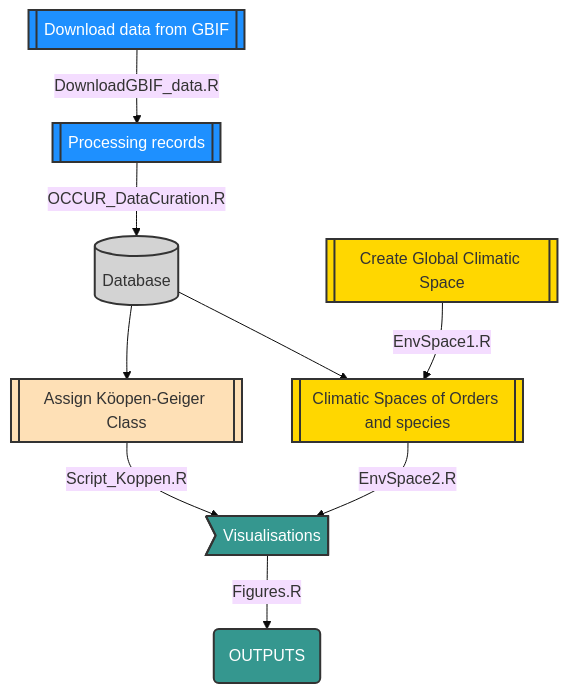
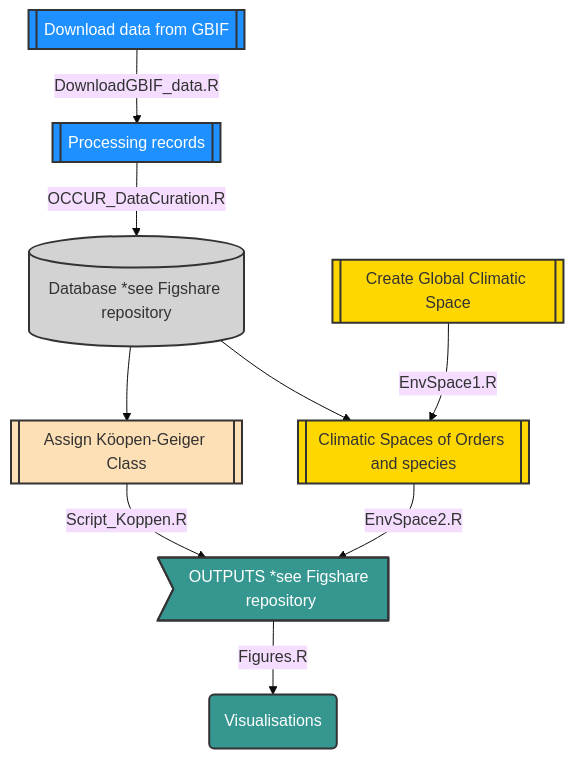
One commit to cRonFer/ClimaticSpace changed the diagram in README.md. Above: the diagram before and after it, drawn with Mermaid (base theme).

````diff
--- a/README.md
+++ b/README.md
@@ -7,20 +7,20 @@
 ```mermaid
 flowchart TD
     A[[Download data from GBIF]] --> |DownloadGBIF_data.R|BB[[Processing records]]
-    BB --> |OCCUR_DataCuration.R|C[(Database)]
+    BB --> |OCCUR_DataCuration.R|C[(Database *see Figshare repository)]
     AA[[Create Global Climatic Space]] --> |EnvSpace1.R|CC{Climatic Spaces of Orders}
     C --> CC[[Climatic Spaces of Orders and species]]
     C --> D[[Assign Köopen-Geiger Class]]
     D --> |Script_Koppen.R| E(Visualisations)
-    CC --> |EnvSpace2.R|E>Visualisations]
-    E --> |Figures.R|F(OUTPUTS)
+    CC --> |EnvSpace2.R|E>OUTPUTS *see Figshare repository]
+    E --> |Figures.R|F(Visualisations)
 
   style A fill:dodgerblue, stroke:#333,stroke-width:2px,color:#fff;
   style AA fill:gold, stroke:#333,stroke-width:2px,color:#333;
   style BB fill:dodgerblue, stroke:#333,stroke-width:2px,color:#fff;
   style CC fill:gold, stroke:#333,stroke-width:2px,color:#333;
   style C fill:lightgrey, stroke:#333,stroke-width:2px,color:#333;
   style D fill:#fee0b6, stroke:#333,stroke-width:2px,color:#333;
   style E fill:#35978f, stroke:#333,stroke-width:2px,color:#fff;
   style F fill:#35978f, stroke:#333,stroke-width:2px,color:#fff;
 ```
````
